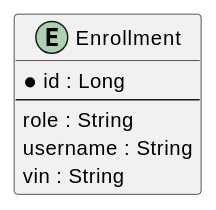
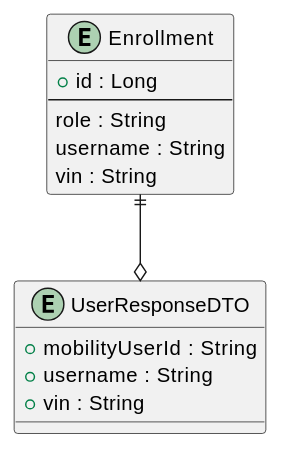
Before and after one commit to Dinesh-s95/AutoDoc.ai: the fifth of 5 diagrams in enrollment/documentation/detaileddesign.adoc, drawn with PlantUML. The commit also changed other lines of this file and 23 other files, not shown here.

```diff
--- a/enrollment/documentation/detaileddesign.adoc
+++ b/enrollment/documentation/detaileddesign.adoc
@@ -152,12 +157,18 @@
-[plantuml, er-diagram, png]
-....
-@startuml
-entity "Enrollment" {
-  * id : Long
-  ---
+[plantuml, er-diagram]
+----
+entity Enrollment {
+  + id : Long
+  --
   role : String
   username : String
   vin : String
 }
-@enduml
-....
+
+entity UserResponseDTO {
+  + mobilityUserId : String
+  + username : String
+  + vin : String
+}
+
+Enrollment ||--o UserResponseDTO
+----
```
